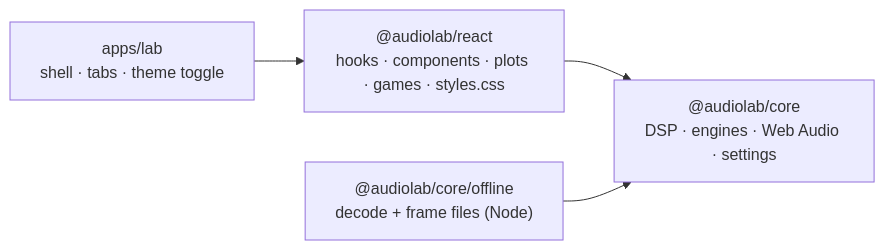
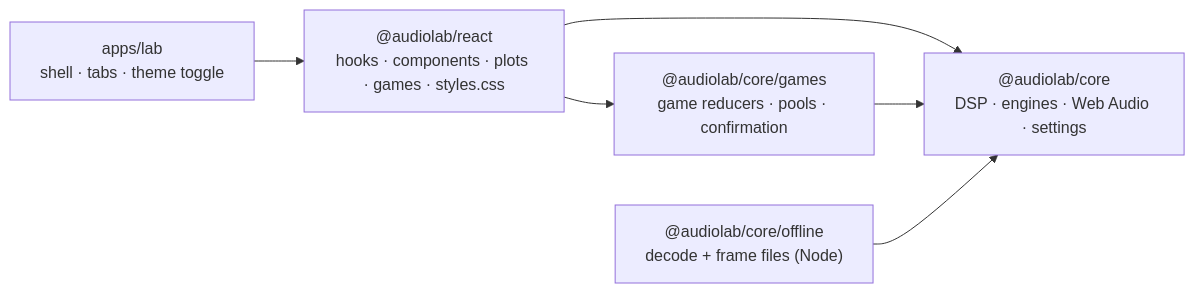
Before and after one commit to Dicdaplon/AudioLab: the first of 4 diagrams in docs/ARCHITECTURE.md, drawn with Mermaid. The commit also changed other lines of this file and 6 other files, not shown here.

````diff
--- a/docs/ARCHITECTURE.md
+++ b/docs/ARCHITECTURE.md
@@ -23,7 +23,9 @@
 ```mermaid
 flowchart LR
     Lab["apps/lab<br/>shell · tabs · theme toggle"] --> React
     React["@audiolab/react<br/>hooks · components · plots · games · styles.css"] --> Core
     Core["@audiolab/core<br/>DSP · engines · Web Audio · settings"]
+    Games["@audiolab/core/games<br/>game reducers · pools · confirmation"] --> Core
+    React --> Games
     Offline["@audiolab/core/offline<br/>decode + frame files (Node)"] --> Core
 ```
````
